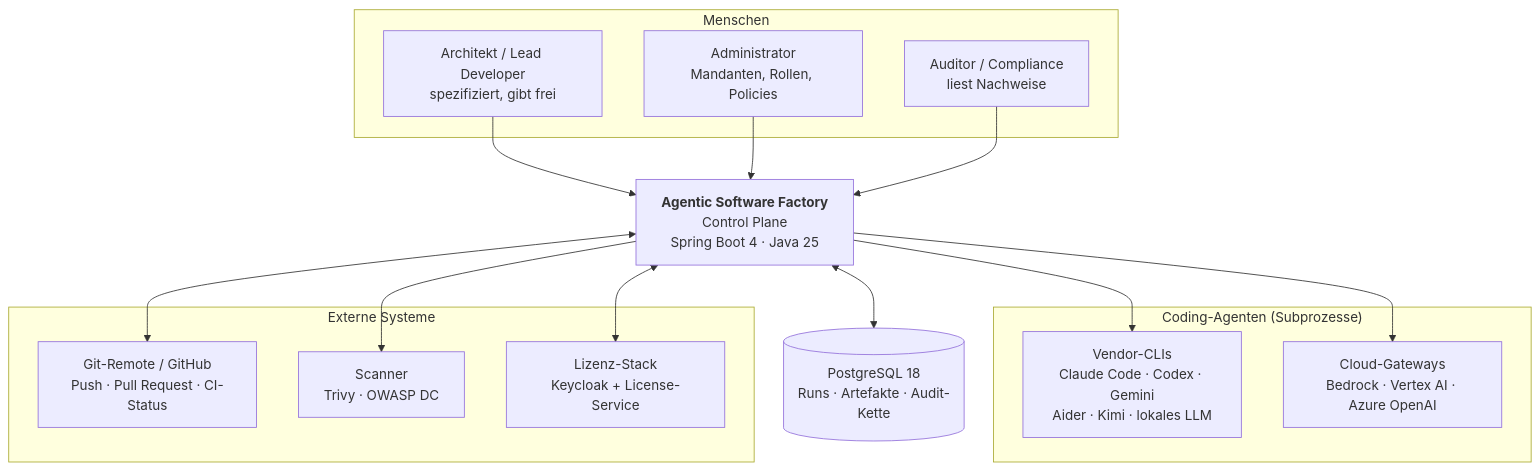
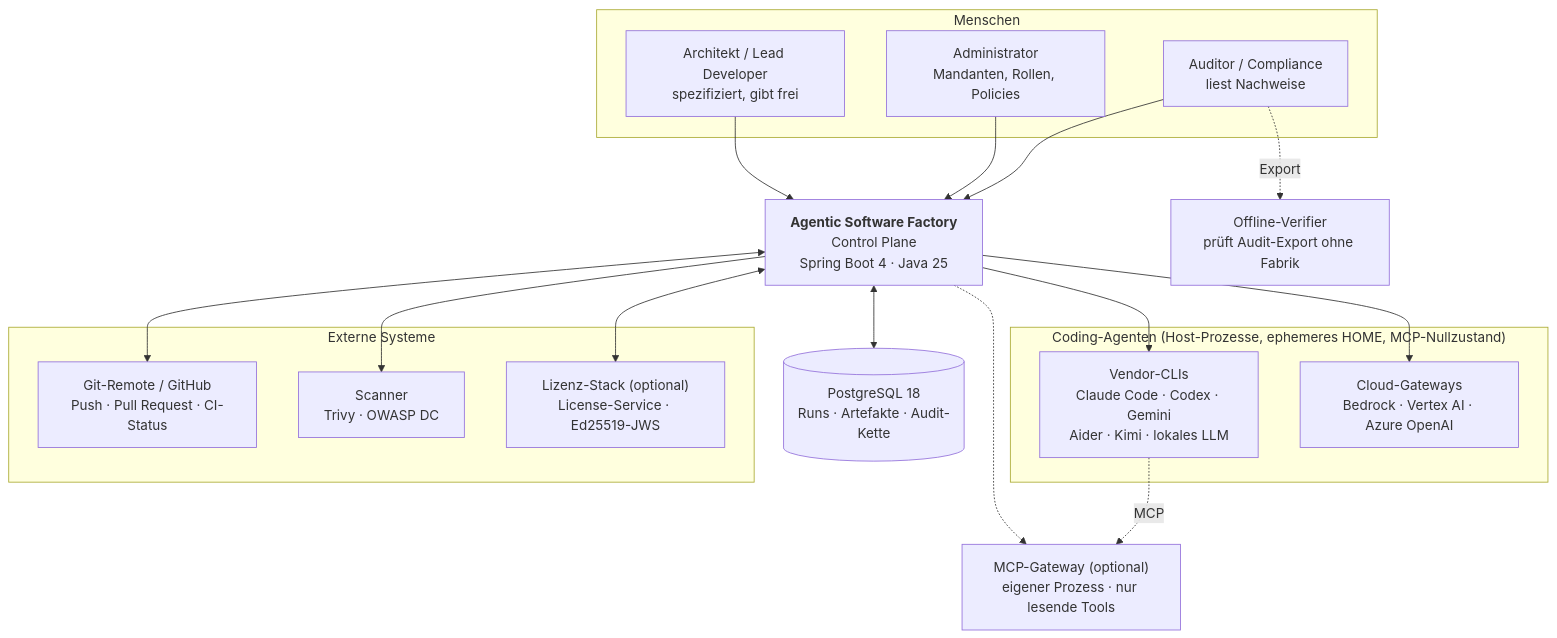
Before and after one commit to mjanda0815/agentic-publikation: the first of 10 diagrams in quellen/softwarefabrik/03-systemdiagramme.md, drawn with Mermaid. The commit also changed other lines of this file and 57 other files, not shown here.

First line of the commit message:
Version 3.1: Abgleich auf SoftwareFabrik 0.38.0 (Spec-Driven Development, MCP-Absicherung, Offline-Verifier) (#1)

````diff
--- a/quellen/softwarefabrik/03-systemdiagramme.md
+++ b/quellen/softwarefabrik/03-systemdiagramme.md
@@ -17,33 +21,39 @@
 ```mermaid
 flowchart TB
     subgraph Menschen
         ARCH["Architekt / Lead Developer<br/>spezifiziert, gibt frei"]
         AUD["Auditor / Compliance<br/>liest Nachweise"]
         ADM["Administrator<br/>Mandanten, Rollen, Policies"]
     end
 
     FAB["<b>Agentic Software Factory</b><br/>Control Plane<br/>Spring Boot 4 · Java 25"]
 
-    subgraph "Coding-Agenten (Subprozesse)"
+    subgraph "Coding-Agenten (Host-Prozesse, ephemeres HOME, MCP-Nullzustand)"
         CLI["Vendor-CLIs<br/>Claude Code · Codex · Gemini<br/>Aider · Kimi · lokales LLM"]
         GW["Cloud-Gateways<br/>Bedrock · Vertex AI · Azure OpenAI"]
     end
 
+    MCPG["MCP-Gateway (optional)<br/>eigener Prozess · nur lesende Tools"]
+    VER["Offline-Verifier<br/>prüft Audit-Export ohne Fabrik"]
+
     subgraph "Externe Systeme"
         GIT["Git-Remote / GitHub<br/>Push · Pull Request · CI-Status"]
         SEC["Scanner<br/>Trivy · OWASP DC"]
-        LIC["Lizenz-Stack<br/>Keycloak + License-Service"]
+        LIC["Lizenz-Stack (optional)<br/>License-Service · Ed25519-JWS"]
     end
 
     DB[("PostgreSQL 18<br/>Runs · Artefakte · Audit-Kette")]
 
     ARCH --> FAB
     ADM --> FAB
     AUD --> FAB
     FAB --> CLI
     FAB --> GW
     FAB <--> GIT
     FAB --> SEC
     FAB <--> LIC
     FAB <--> DB
+    FAB -.-> MCPG
+    CLI -.MCP.-> MCPG
+    AUD -.Export.-> VER
 ```
````
